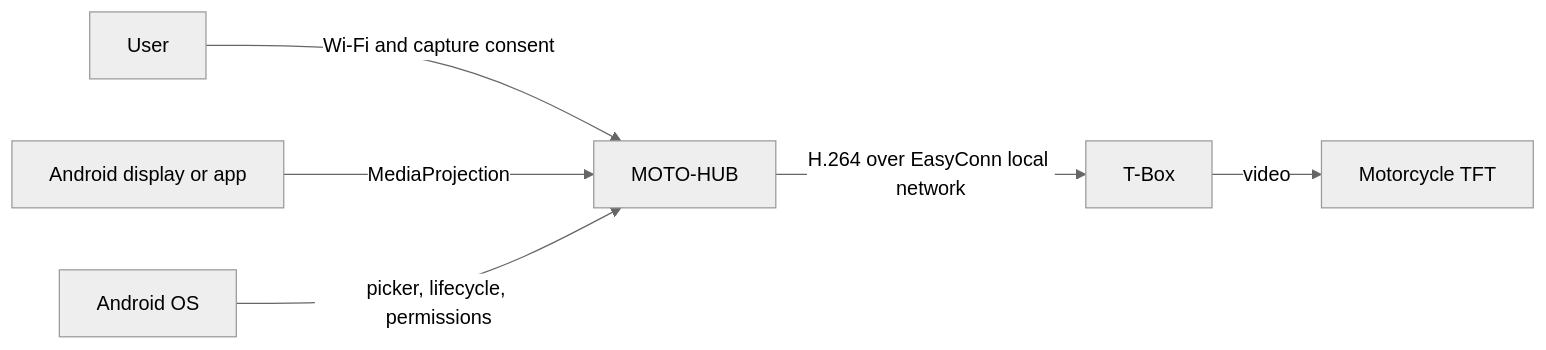
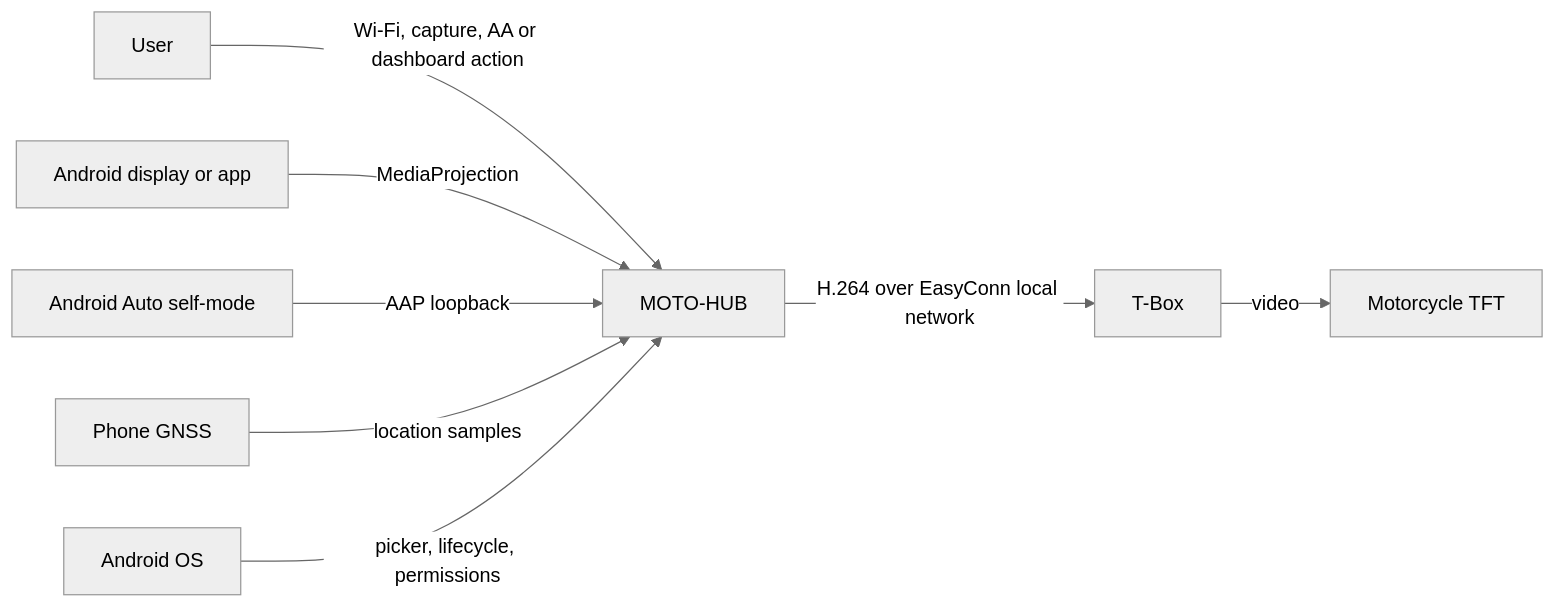
One commit to giutrec/MOTO-HUB changed the first of 4 diagrams in documentation/ARCHITECTURE.md. Above: the diagram before and after it, drawn with Mermaid (neutral theme). The commit also changed other lines of this file and 281 other files, not shown here.

````diff
--- a/documentation/ARCHITECTURE.md
+++ b/documentation/ARCHITECTURE.md
@@ -18,8 +21,10 @@
 ```mermaid
 flowchart LR
-    User["User"] -->|"Wi-Fi and capture consent"| Hub["MOTO-HUB"]
+    User["User"] -->|"Wi-Fi, capture, AA or dashboard action"| Hub["MOTO-HUB"]
     Source["Android display or app"] -->|"MediaProjection"| Hub
+    AA["Android Auto self-mode"] -->|"AAP loopback"| Hub
+    GPS["Phone GNSS"] -->|"location samples"| Hub
     Hub -->|"H.264 over EasyConn local network"| TBox["T-Box"]
     TBox -->|"video"| TFT["Motorcycle TFT"]
     Android["Android OS"] -->|"picker, lifecycle, permissions"| Hub
 ```
````
